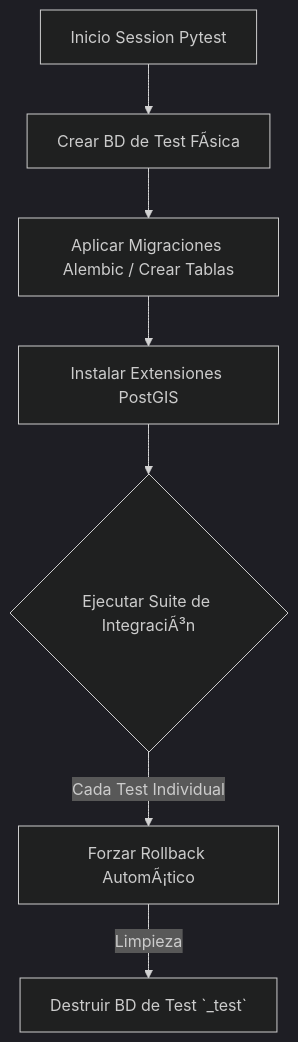
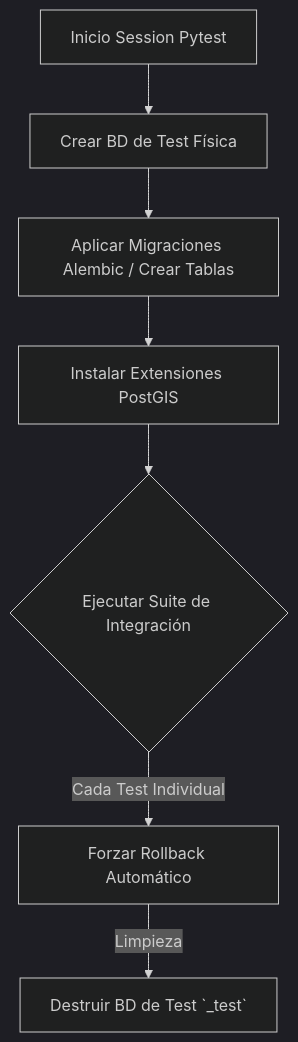
The diagram in tests-docs/01-plan-de-pruebas/05-plan-pruebas-integracion/infraestructura-entorno.md (escarabajo-rinoceronte/gestor-tareas-pruebas), drawn with Mermaid (dark theme) before and after one commit. The commit also changed other lines of this file and 48 other files, not shown here.

````diff
--- a/tests-docs/01-plan-de-pruebas/05-plan-pruebas-integracion/infraestructura-entorno.md
+++ b/tests-docs/01-plan-de-pruebas/05-plan-pruebas-integracion/infraestructura-entorno.md
@@ -48,9 +48,9 @@
 ```mermaid
 graph TD
-    A[Inicio Session Pytest] --> B[Crear BD de Test FÃ­sica]
+    A[Inicio Session Pytest] --> B[Crear BD de Test Física]
     B --> C[Aplicar Migraciones Alembic / Crear Tablas]
     C --> D[Instalar Extensiones PostGIS]
-    D --> E{Ejecutar Suite de IntegraciÃ³n}
-    E -- Cada Test Individual --> F[Forzar Rollback AutomÃ¡tico]
+    D --> E{Ejecutar Suite de Integración}
+    E -- Cada Test Individual --> F[Forzar Rollback Automático]
     F -- Limpieza --> G[Destruir BD de Test `_test`]
 ```
````
